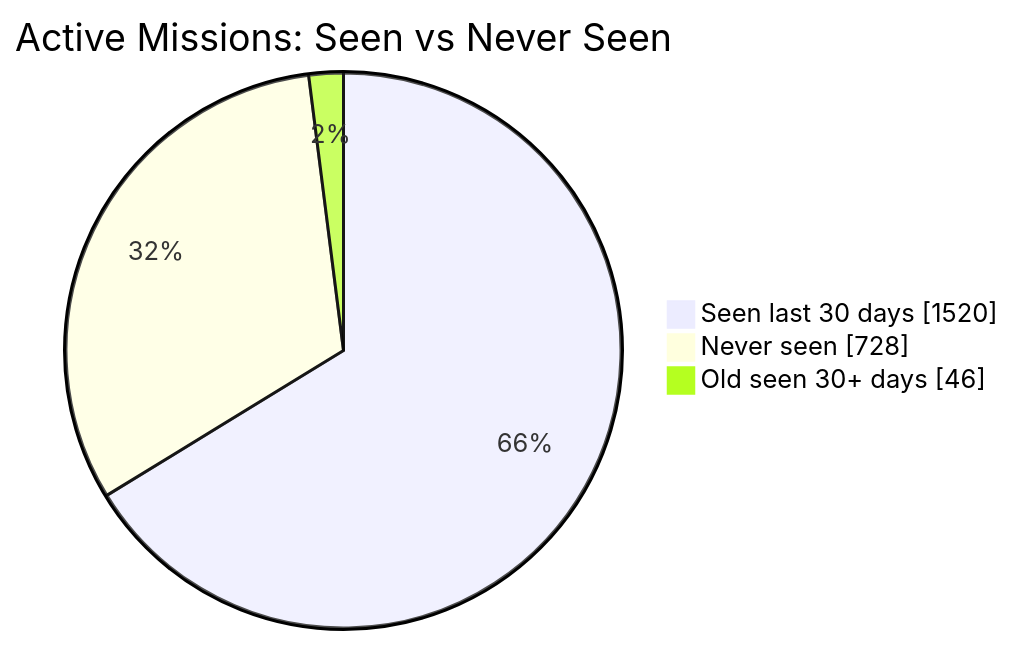
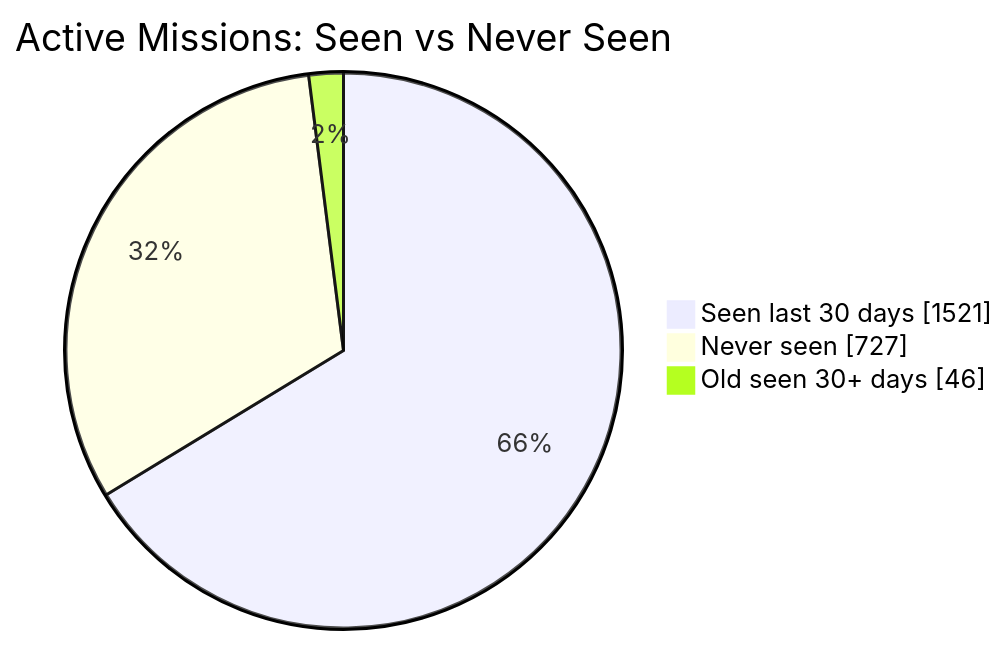
The first of 2 diagrams in README.md (MeldkamerspelGameTeam/active-missions), drawn with Mermaid before and after one commit. The commit also changed other lines of this file and 3 other files, not shown here.

````diff
--- a/README.md
+++ b/README.md
@@ -34,7 +34,7 @@
 ```mermaid
 pie showData
     title Active Missions: Seen vs Never Seen
-    "Seen last 30 days" : 1520
-    "Never seen" : 728
+    "Seen last 30 days" : 1521
+    "Never seen" : 727
     "Old seen 30+ days" : 46
 ```
````
